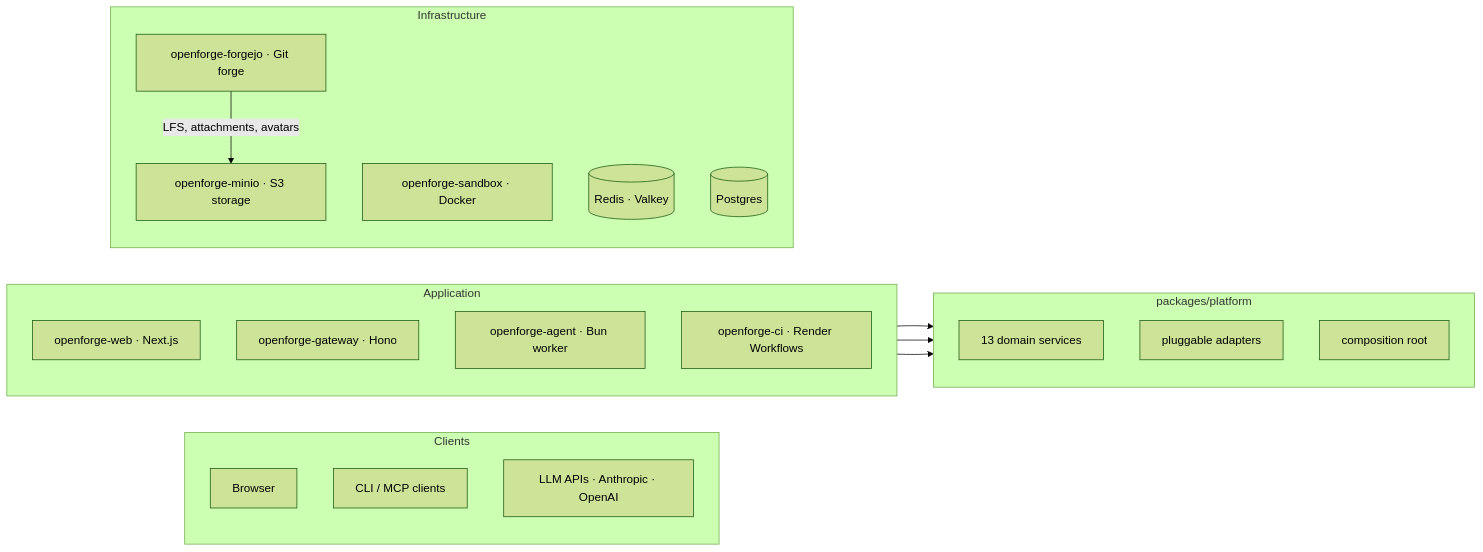
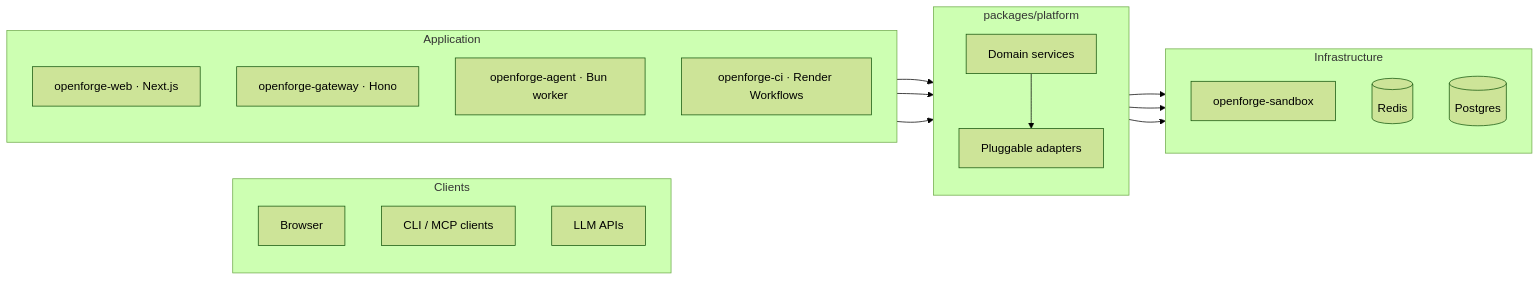
The diagram in README.md (jacobprall/render-open-forge), drawn with Mermaid (forest theme) before and after one commit. The commit also changed other lines of this file and 130 other files, not shown here.

````diff
--- a/README.md
+++ b/README.md
@@ -15,38 +16,38 @@
 ```mermaid
 graph LR
     subgraph Clients
         direction TB
         Browser["Browser"]
         CLI["CLI / MCP clients"]
-        LLM["LLM APIs · Anthropic · OpenAI"]
+        LLM["LLM APIs"]
     end
 
     subgraph Application
         direction TB
         Web["openforge-web · Next.js"]
         Gateway["openforge-gateway · Hono"]
         Agent["openforge-agent · Bun worker"]
         CI["openforge-ci · Render Workflows"]
     end
 
     subgraph Platform["packages/platform"]
         direction TB
-        Services["13 domain services"]
-        Adapters["pluggable adapters"]
-        Container["composition root"]
+        Services["Domain services"]
+        Adapters["Pluggable adapters"]
     end
 
     subgraph Infrastructure
         direction TB
-        Forgejo["openforge-forgejo · Git forge"]
-        MinIO["openforge-minio · S3 storage"]
-        Sandbox["openforge-sandbox · Docker"]
-        Redis[("Redis · Valkey")]
+        Sandbox["openforge-sandbox"]
+        Redis[("Redis")]
         Postgres[("Postgres")]
     end
 
-    Web --> Container
-    Gateway --> Container
-    Agent --> Container
-    Forgejo -->|"LFS, attachments, avatars"| MinIO
+    Web --> Services
+    Gateway --> Services
+    Agent --> Services
+    Services --> Adapters
+    Adapters --> Sandbox
+    Adapters --> Redis
+    Adapters --> Postgres
 ```
````
